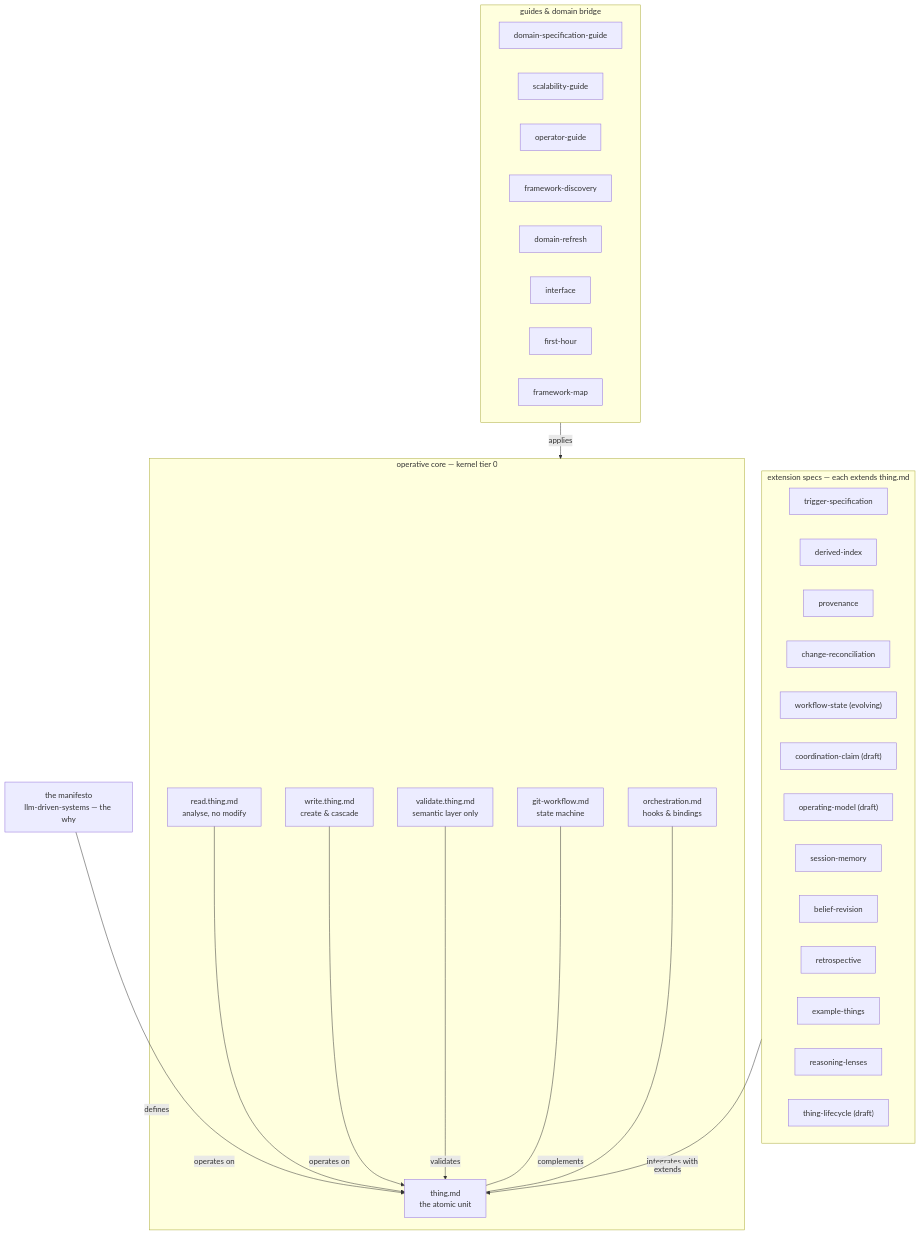
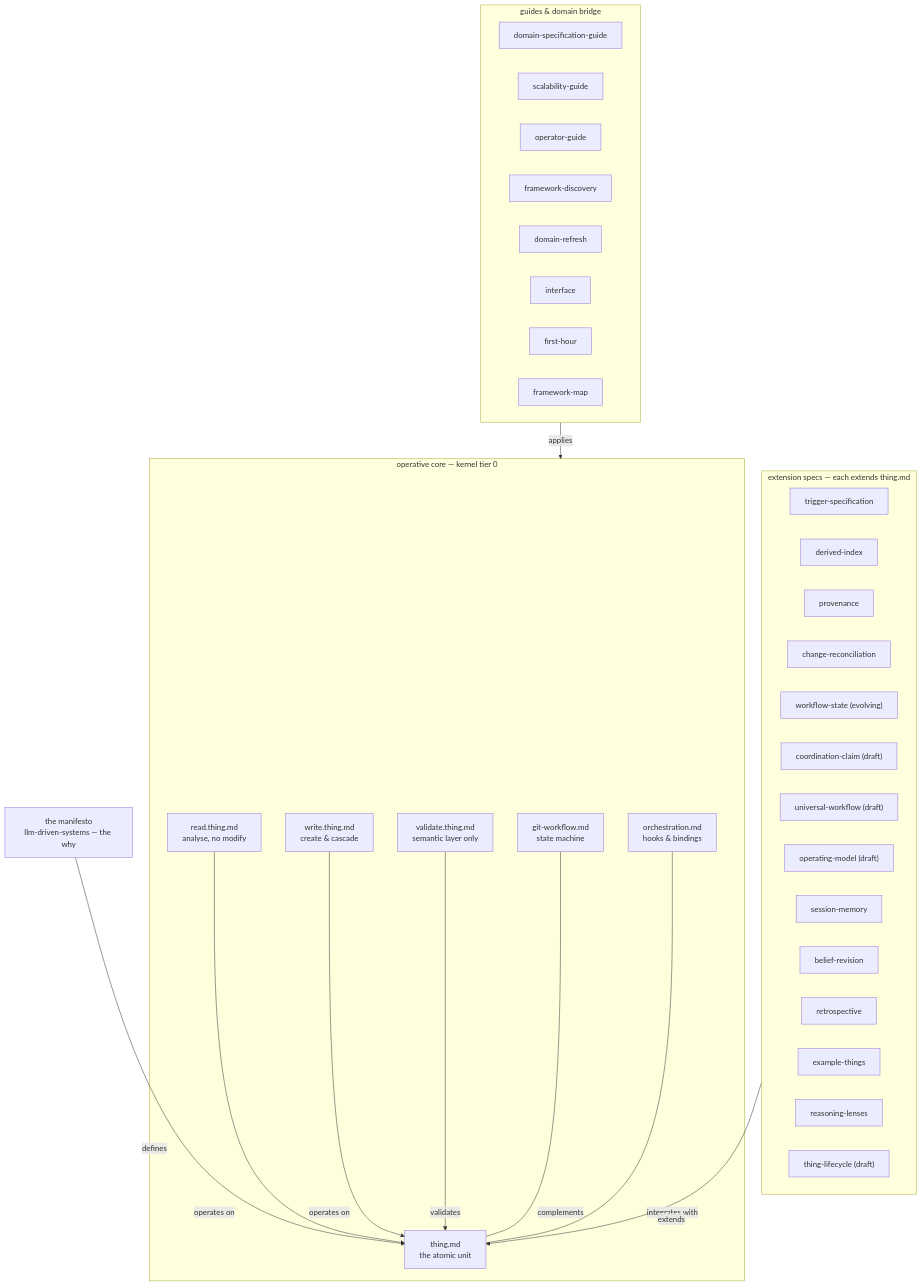
The second of 5 diagrams in docs/framework-map.md (JanoshMoshiri/MarkdownLLM), drawn with Mermaid before and after one commit. The commit also changed other lines of this file and 11 other files, not shown here.

First line of the commit message:
framework: universal-workflow.md — the atom moves to the spec layer

````diff
--- a/docs/framework-map.md
+++ b/docs/framework-map.md
@@ -125,65 +125,66 @@
 ```mermaid
 flowchart TD
     accTitle: View 2 - the spec layer, showing what defines what
     accDescr {
         Everything centres on thing.md, the atomic unit. The manifesto defines
         it. Around it sits the operative core, the six specs that mdllm kernel
         distils into tier 0: git-workflow.md the state machine and thing.md
         complement each other, orchestration.md for hooks and bindings
         integrates with it, and read.thing.md analyses without modifying,
         write.thing.md creates and cascades, and validate.thing.md covers the
         semantic layer only - all three operating on it. A band of extension
         specs each extends thing.md: trigger-specification, derived-index,
         provenance, change-reconciliation, workflow-state, coordination-claim,
-        operating-model, session-memory, belief-revision, retrospective,
-        example-things, reasoning-lenses and thing-lifecycle. A separate band of guides and the
+        universal-workflow, operating-model, session-memory, belief-revision,
+        retrospective, example-things, reasoning-lenses and thing-lifecycle. A separate band of guides and the
         domain bridge - domain-specification-guide, scalability-guide,
         operator-guide, framework-discovery, domain-refresh, interface,
         first-hour and framework-map - applies to the core rather than defining
         any semantics. The navigation rule: when lost, start at thing.md and
         follow one extends edge outward.
     }
     MAN["the manifesto<br/>llm-driven-systems — the why"]
     subgraph core ["operative core — kernel tier 0"]
         GITW["git-workflow.md<br/>state machine"]
         THING["thing.md<br/>the atomic unit"]
         ORCH["orchestration.md<br/>hooks & bindings"]
         READ["read.thing.md<br/>analyse, no modify"]
         WRITE["write.thing.md<br/>create & cascade"]
         VAL["validate.thing.md<br/>semantic layer only"]
     end
     subgraph ext ["extension specs — each extends thing.md"]
         TRIG["trigger-specification"]
         DIDX["derived-index"]
         PROV["provenance"]
         CRECON["change-reconciliation"]
         WSTATE["workflow-state (evolving)"]
         COORD["coordination-claim (draft)"]
+        UWORK["universal-workflow (draft)"]
         OPMODEL["operating-model (draft)"]
         SMEM["session-memory"]
         BREV["belief-revision"]
         RETRO["retrospective"]
         EXTH["example-things"]
         LENS["reasoning-lenses"]
         LIFE["thing-lifecycle (draft)"]
     end
     subgraph guides ["guides & domain bridge"]
         DSG["domain-specification-guide"]
         SCAL["scalability-guide"]
         OPG["operator-guide"]
         DISC["framework-discovery"]
         REFR["domain-refresh"]
         IFACE["interface"]
         FH["first-hour"]
         FMAP["framework-map"]
     end
 
     MAN -->|defines| THING
     READ -->|operates on| THING
     WRITE -->|operates on| THING
     VAL -->|validates| THING
     GITW ---|complements| THING
     ORCH ---|integrates with| THING
     ext -->|extends| THING
     guides -->|applies| core
 ```
````
